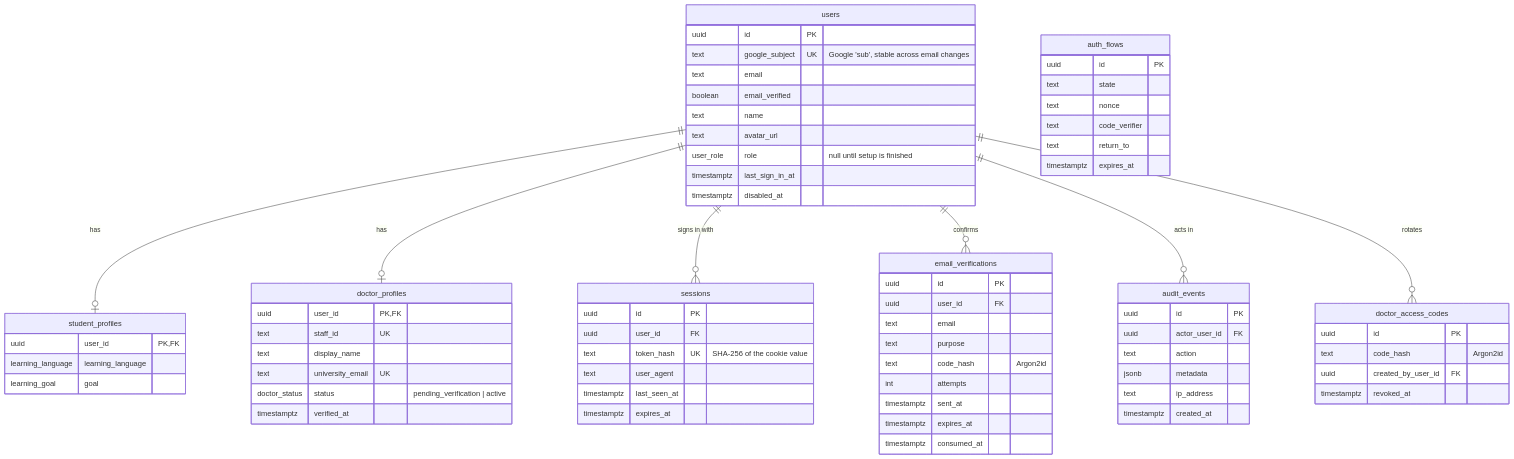
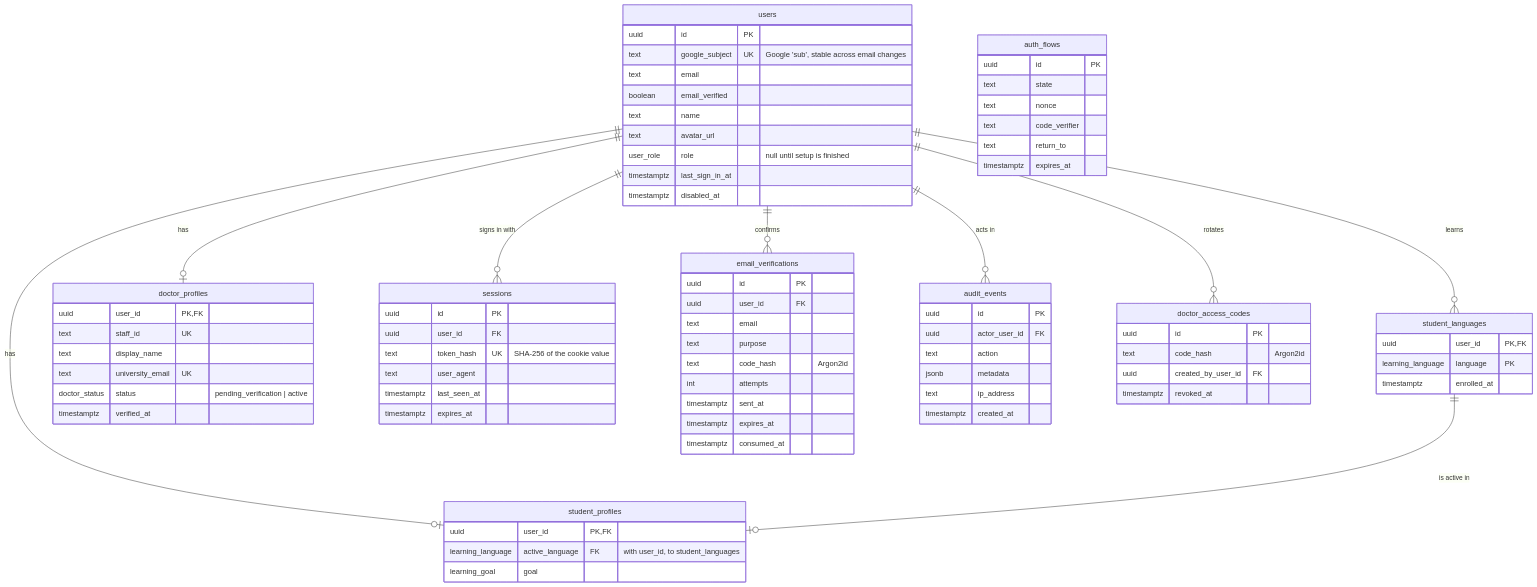
One commit to mariosaad123/ACU-graduation-projecct-Ramez- changed the first of 2 diagrams in docs/data-model.md. Above: the diagram before and after it, drawn with Mermaid. The commit also changed other lines of this file and 16 other files, not shown here.

````diff
--- a/docs/data-model.md
+++ b/docs/data-model.md
@@ -8,75 +8,82 @@
 ```mermaid
 erDiagram
     users ||--o| student_profiles : "has"
+    users ||--o{ student_languages : "learns"
+    student_languages ||--o| student_profiles : "is active in"
     users ||--o| doctor_profiles : "has"
     users ||--o{ sessions : "signs in with"
     users ||--o{ email_verifications : "confirms"
     users ||--o{ audit_events : "acts in"
     users ||--o{ doctor_access_codes : "rotates"
 
     users {
         uuid id PK
         text google_subject UK "Google 'sub', stable across email changes"
         text email
         boolean email_verified
         text name
         text avatar_url
         user_role role "null until setup is finished"
         timestamptz last_sign_in_at
         timestamptz disabled_at
     }
     student_profiles {
         uuid user_id PK, FK
-        learning_language learning_language
+        learning_language active_language FK "with user_id, to student_languages"
         learning_goal goal
+    }
+    student_languages {
+        uuid user_id PK, FK
+        learning_language language PK
+        timestamptz enrolled_at
     }
     doctor_profiles {
         uuid user_id PK, FK
         text staff_id UK
         text display_name
         text university_email UK
         doctor_status status "pending_verification | active"
         timestamptz verified_at
     }
     doctor_access_codes {
         uuid id PK
         text code_hash "Argon2id"
         uuid created_by_user_id FK
         timestamptz revoked_at
     }
     email_verifications {
         uuid id PK
         uuid user_id FK
         text email
         text purpose
         text code_hash "Argon2id"
         int attempts
         timestamptz sent_at
         timestamptz expires_at
         timestamptz consumed_at
     }
     sessions {
         uuid id PK
         uuid user_id FK
         text token_hash UK "SHA-256 of the cookie value"
         text user_agent
         timestamptz last_seen_at
         timestamptz expires_at
     }
     auth_flows {
         uuid id PK
         text state
         text nonce
         text code_verifier
         text return_to
         timestamptz expires_at
     }
     audit_events {
         uuid id PK
         uuid actor_user_id FK
         text action
         jsonb metadata
         text ip_address
         timestamptz created_at
     }
 ```
````
